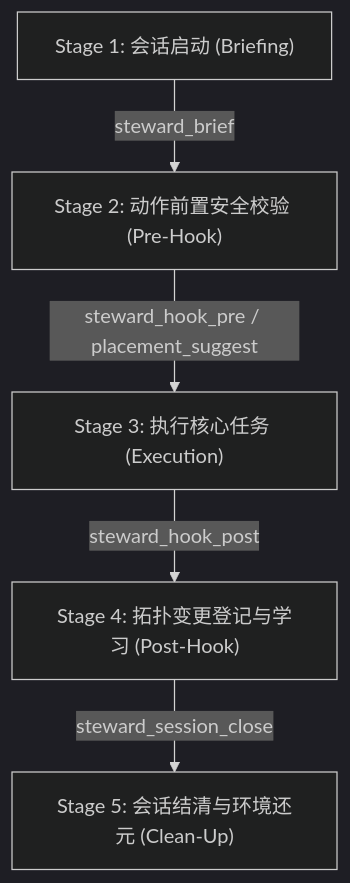
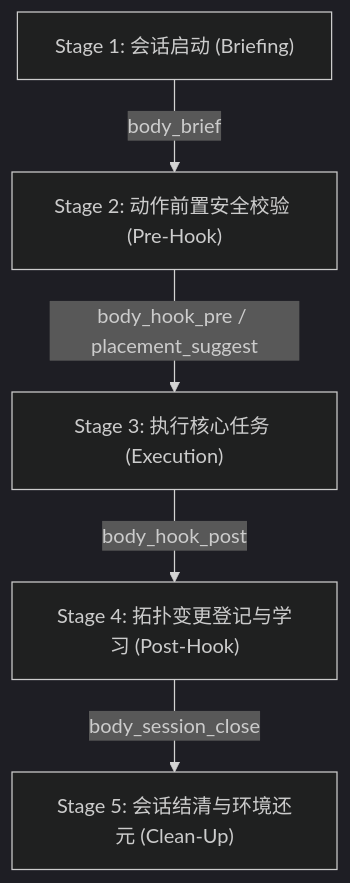
One commit to digoal/agent-body changed the diagram in docs/src_doc/agent-ecosystem-integration-protocol.md. Above: the diagram before and after it, drawn with Mermaid (dark theme). The commit also changed other lines of this file and 214 other files, not shown here.

````diff
--- a/docs/src_doc/agent-ecosystem-integration-protocol.md
+++ b/docs/src_doc/agent-ecosystem-integration-protocol.md
@@ -29,7 +29,7 @@
 ```mermaid
 flowchart TD
-    A["Stage 1: 会话启动 (Briefing)"] -->|steward_brief| B["Stage 2: 动作前置安全校验 (Pre-Hook)"]
-    B -->|steward_hook_pre / placement_suggest| C["Stage 3: 执行核心任务 (Execution)"]
-    C -->|steward_hook_post| D["Stage 4: 拓扑变更登记与学习 (Post-Hook)"]
-    D -->|steward_session_close| E["Stage 5: 会话结清与环境还元 (Clean-Up)"]
+    A["Stage 1: 会话启动 (Briefing)"] -->|body_brief| B["Stage 2: 动作前置安全校验 (Pre-Hook)"]
+    B -->|body_hook_pre / placement_suggest| C["Stage 3: 执行核心任务 (Execution)"]
+    C -->|body_hook_post| D["Stage 4: 拓扑变更登记与学习 (Post-Hook)"]
+    D -->|body_session_close| E["Stage 5: 会话结清与环境还元 (Clean-Up)"]
 ```
````
